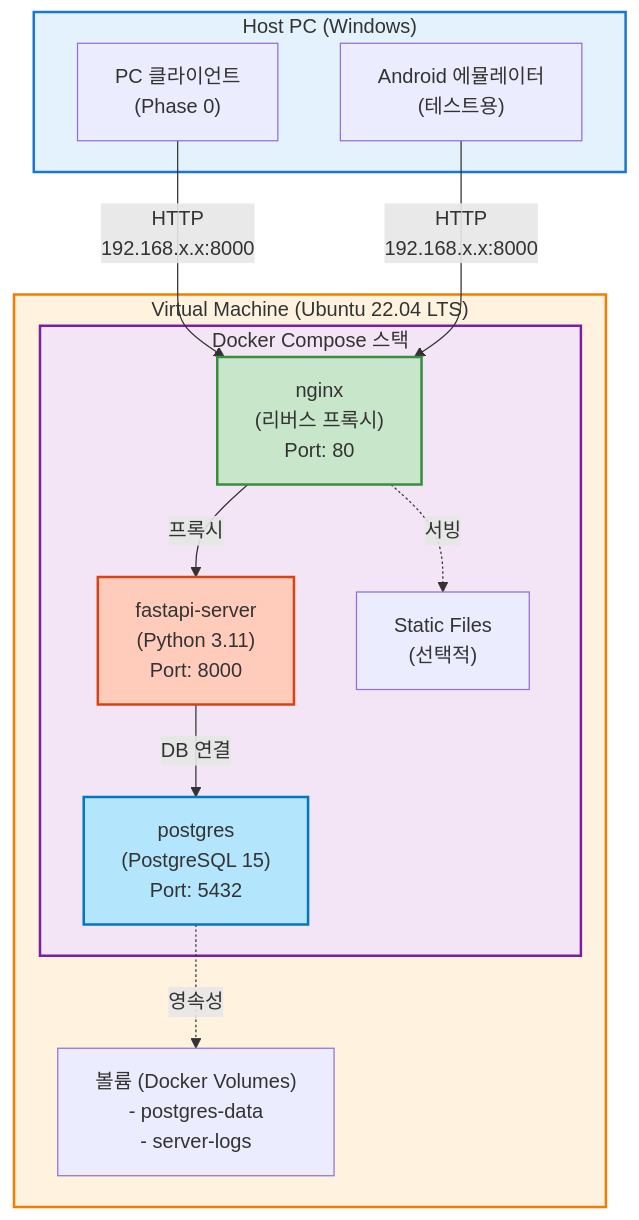
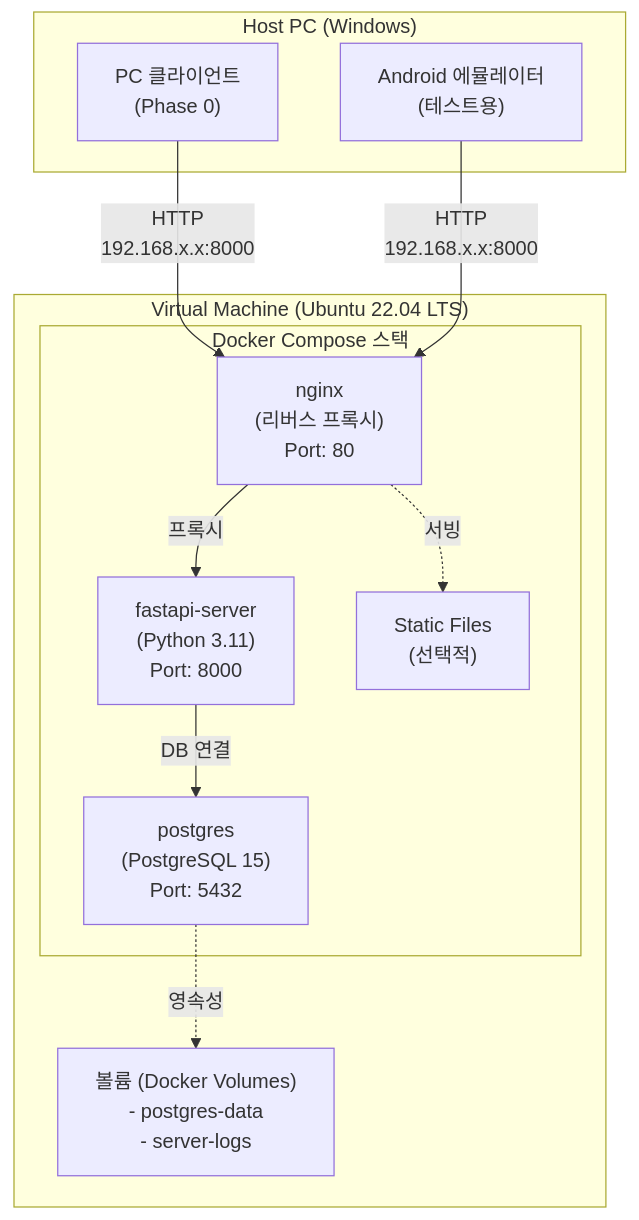
One commit to lsh930309/HomeworkHelperServer changed the first of 2 diagrams in docs/vm-server-architecture.md. Above: the diagram before and after it, drawn with Mermaid. The commit also changed 4 other files, not shown here.

First line of the commit message:
docs: 문서 통합 정리 및 Mermaid 다이어그램 개선

````diff
--- a/docs/vm-server-architecture.md
+++ b/docs/vm-server-architecture.md
@@ -43,32 +43,25 @@
 ```mermaid
 graph TB
     subgraph HostPC["Host PC (Windows)"]
         PCClient["PC 클라이언트<br/>(Phase 0)"]
         AndroidEmu["Android 에뮬레이터<br/>(테스트용)"]
     end
 
     subgraph VM["Virtual Machine (Ubuntu 22.04 LTS)"]
         subgraph Docker["Docker Compose 스택"]
             Nginx["nginx<br/>(리버스 프록시)<br/>Port: 80"]
             FastAPI["fastapi-server<br/>(Python 3.11)<br/>Port: 8000"]
             Postgres["postgres<br/>(PostgreSQL 15)<br/>Port: 5432"]
             StaticFiles["Static Files<br/>(선택적)"]
         end
 
         Volumes["볼륨 (Docker Volumes)<br/>- postgres-data<br/>- server-logs"]
     end
 
     PCClient -->|HTTP<br/>192.168.x.x:8000| Nginx
     AndroidEmu -->|HTTP<br/>192.168.x.x:8000| Nginx
     Nginx -->|프록시| FastAPI
     FastAPI -->|DB 연결| Postgres
     Nginx -.->|서빙| StaticFiles
     Postgres -.->|영속성| Volumes
-
-    style HostPC fill:#e3f2fd,stroke:#1976d2,stroke-width:2px
-    style VM fill:#fff3e0,stroke:#f57c00,stroke-width:2px
-    style Docker fill:#f3e5f5,stroke:#7b1fa2,stroke-width:2px
-    style Nginx fill:#c8e6c9,stroke:#388e3c,stroke-width:2px
-    style FastAPI fill:#ffccbc,stroke:#d84315,stroke-width:2px
-    style Postgres fill:#b3e5fc,stroke:#0277bd,stroke-width:2px
 ```
````
